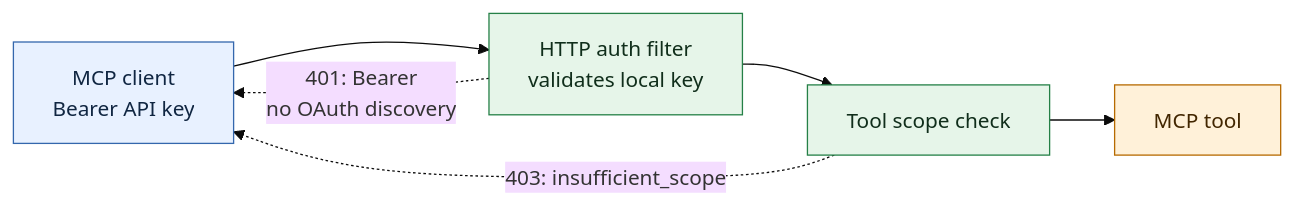
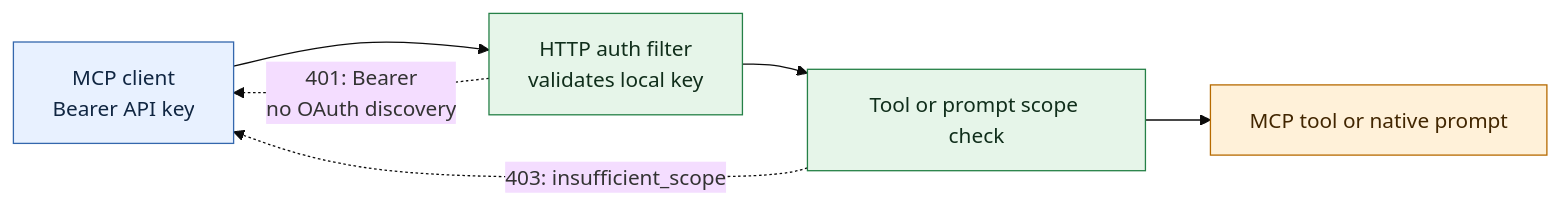
The first of 2 diagrams in docs/reference/http-authentication.md (thepragmatik/mcp-server-jvm-build-tools), drawn with Mermaid (base theme) before and after one commit. The commit also changed other lines of this file and 17 other files, not shown here.

First line of the commit message:
Add scoped native MCP build prompts (#243)

````diff
--- a/docs/reference/http-authentication.md
+++ b/docs/reference/http-authentication.md
@@ -5,14 +5,14 @@
 ```mermaid
 flowchart LR
   C["MCP client<br/>Bearer API key"] --> F["HTTP auth filter<br/>validates local key"]
-  F --> S["Tool scope check"]
-  S --> T["MCP tool"]
+  F --> S["Tool or prompt scope check"]
+  S --> T["MCP tool or native prompt"]
   F -. "401: Bearer<br/>no OAuth discovery" .-> C
   S -. "403: insufficient_scope" .-> C
   classDef client fill:#e8f1ff,stroke:#3467ad,color:#102642
   classDef guard fill:#e6f5e9,stroke:#258047,color:#102e1b
   classDef tool fill:#fff1d9,stroke:#b66a00,color:#422600
   class C client
   class F,S guard
   class T tool
 ```
````
